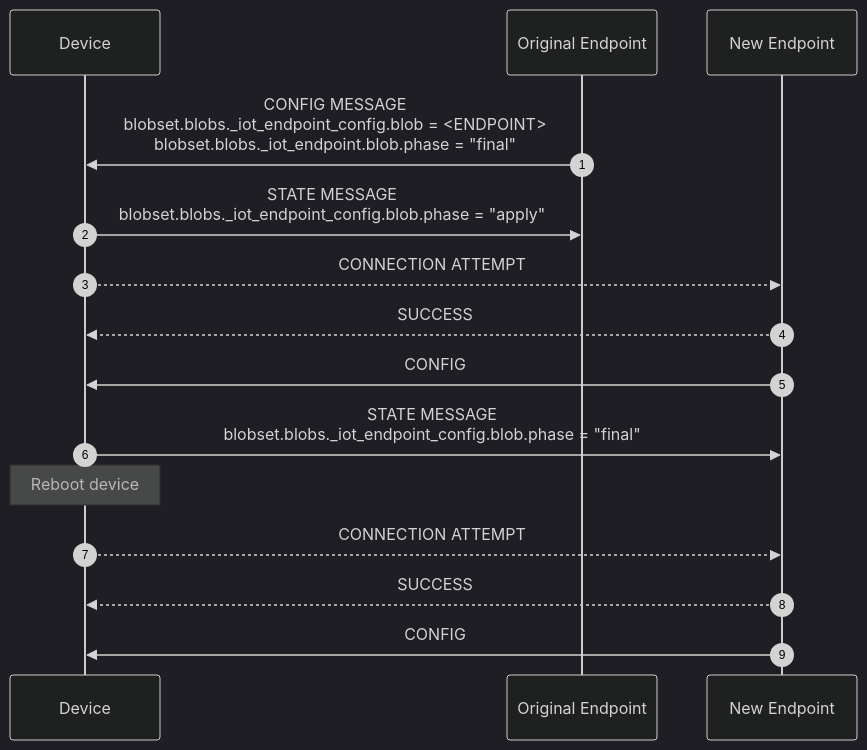
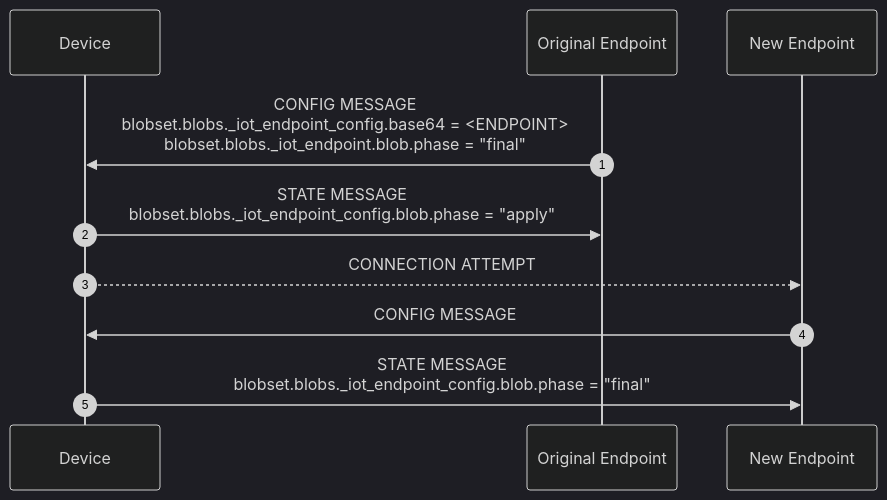
Before and after one commit to faucetsdn/udmi: the first of 2 diagrams in docs/specs/sequences/endpoint_reconfiguration.md, drawn with Mermaid (dark theme). The commit also changed other lines of this file, not shown here.

Commit message:
Comments

````diff
--- a/docs/specs/sequences/endpoint_reconfiguration.md
+++ b/docs/specs/sequences/endpoint_reconfiguration.md
@@ -16,18 +18,13 @@
 ```mermaid
 %%{wrap}%%
 sequenceDiagram
     autonumber
     participant D as Device
     participant E as Original Endpoint
     participant E' as New Endpoint
-    E->>D:CONFIG MESSAGE<br>blobset.blobs._iot_endpoint_config.blob = <ENDPOINT><br>blobset.blobs._iot_endpoint.blob.phase = "final"
+    E->>D:CONFIG MESSAGE<br>blobset.blobs._iot_endpoint_config.base64 = <ENDPOINT><br>blobset.blobs._iot_endpoint.blob.phase = "final"
     D->>E:STATE MESSAGE<BR>blobset.blobs._iot_endpoint_config.blob.phase = "apply"
     D-->>E':CONNECTION ATTEMPT
-    E'-->>D:SUCCESS
-    E'->>D:CONFIG
+    E'->>D:CONFIG MESSAGE
     D->>E':STATE MESSAGE<BR>blobset.blobs._iot_endpoint_config.blob.phase = "final"
-    note over D: Reboot device
-    D-->>E':CONNECTION ATTEMPT
-    E'-->>D:SUCCESS
-    E'->>D:CONFIG
 ```
````
